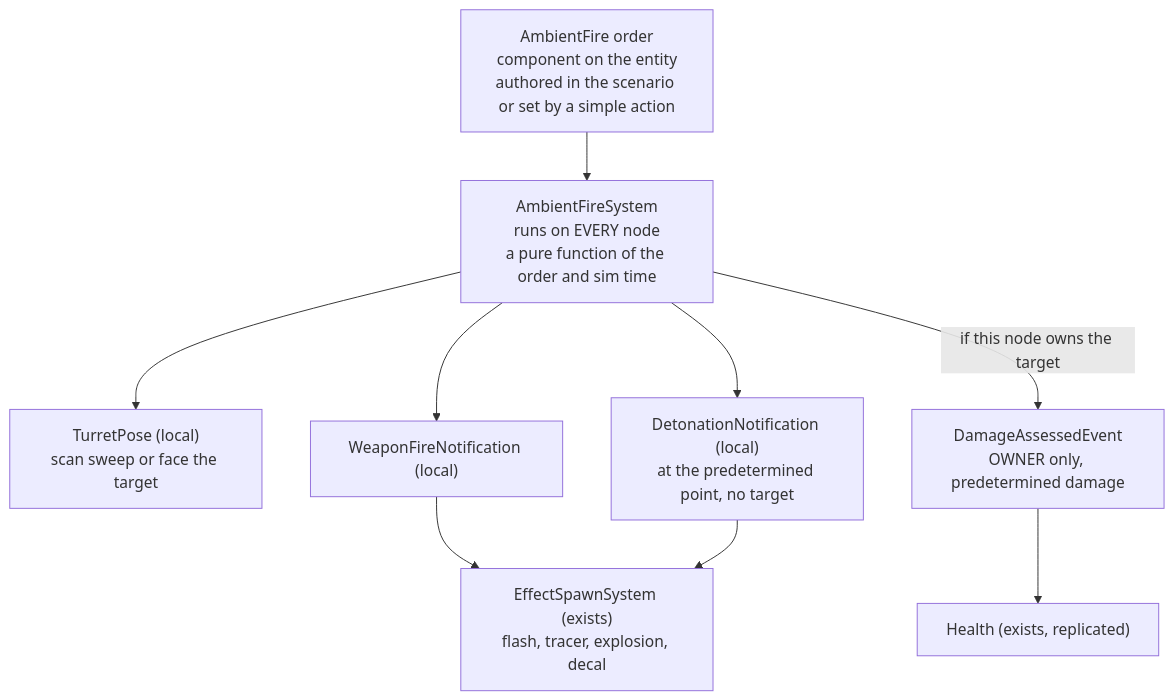
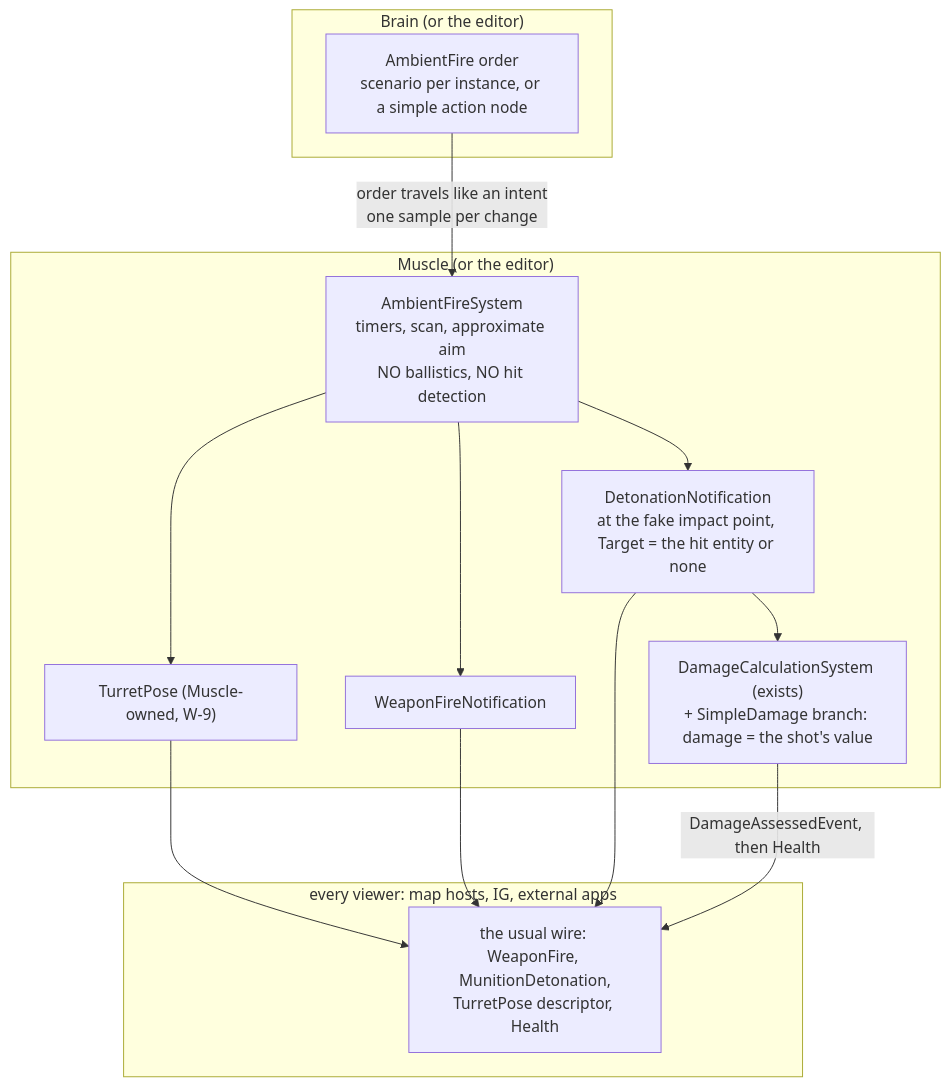
The fourth of 5 diagrams in docs/DESIGN_Weapon_Layers.md (pjanec/HROT), drawn with Mermaid before and after one commit. The commit also changed other lines of this file, not shown here.

First line of the commit message:
docs(B1): ambient fire revised (U-W4) — the usual wire events and turret-pose updates, a simplified damage model on the targets

````diff
--- a/docs/DESIGN_Weapon_Layers.md
+++ b/docs/DESIGN_Weapon_Layers.md
@@ -204,19 +210,25 @@
 ```mermaid
 graph TD
-  ORD["AmbientFire order<br/>component on the entity<br/>authored in the scenario or set by a simple action"]
-  SYS["AmbientFireSystem<br/>runs on EVERY node<br/>a pure function of the order and sim time"]
-  POSE["TurretPose (local)<br/>scan sweep or face the target"]
-  FIRE["WeaponFireNotification (local)"]
-  DET["DetonationNotification (local)<br/>at the predetermined point, no target"]
-  DMG["DamageAssessedEvent<br/>OWNER only, predetermined damage"]
-  FX["EffectSpawnSystem (exists)<br/>flash, tracer, explosion, decal"]
-  HP["Health (exists, replicated)"]
-  ORD --> SYS
+  subgraph Brain["Brain (or the editor)"]
+    ORD["AmbientFire order<br/>scenario per instance, or a simple action node"]
+  end
+  subgraph Muscle["Muscle (or the editor)"]
+    SYS["AmbientFireSystem<br/>timers, scan, approximate aim<br/>NO ballistics, NO hit detection"]
+    POSE["TurretPose (Muscle-owned, W-9)"]
+    FIRE["WeaponFireNotification"]
+    DET["DetonationNotification<br/>at the fake impact point, Target = the hit entity or none"]
+    DMG["DamageCalculationSystem (exists)<br/>+ SimpleDamage branch: damage = the shot's value"]
+  end
+  subgraph All["every viewer: map hosts, IG, external apps"]
+    VIEW["the usual wire: WeaponFire, MunitionDetonation,<br/>TurretPose descriptor, Health"]
+  end
+  ORD -->|"order travels like an intent<br/>one sample per change"| SYS
   SYS --> POSE
   SYS --> FIRE
   SYS --> DET
-  SYS -->|"if this node owns the target"| DMG
-  FIRE --> FX
-  DET --> FX
-  DMG --> HP
+  DET --> DMG
+  POSE --> VIEW
+  FIRE --> VIEW
+  DET --> VIEW
+  DMG -->|"DamageAssessedEvent, then Health"| VIEW
 ```
````
